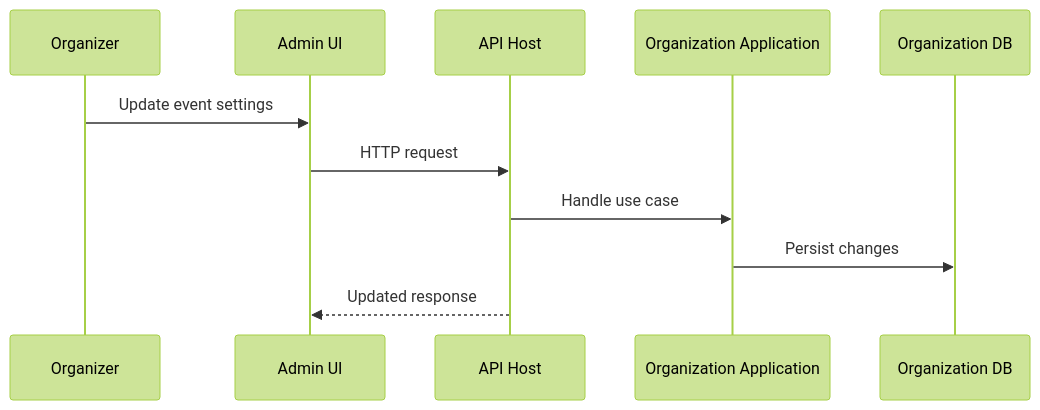
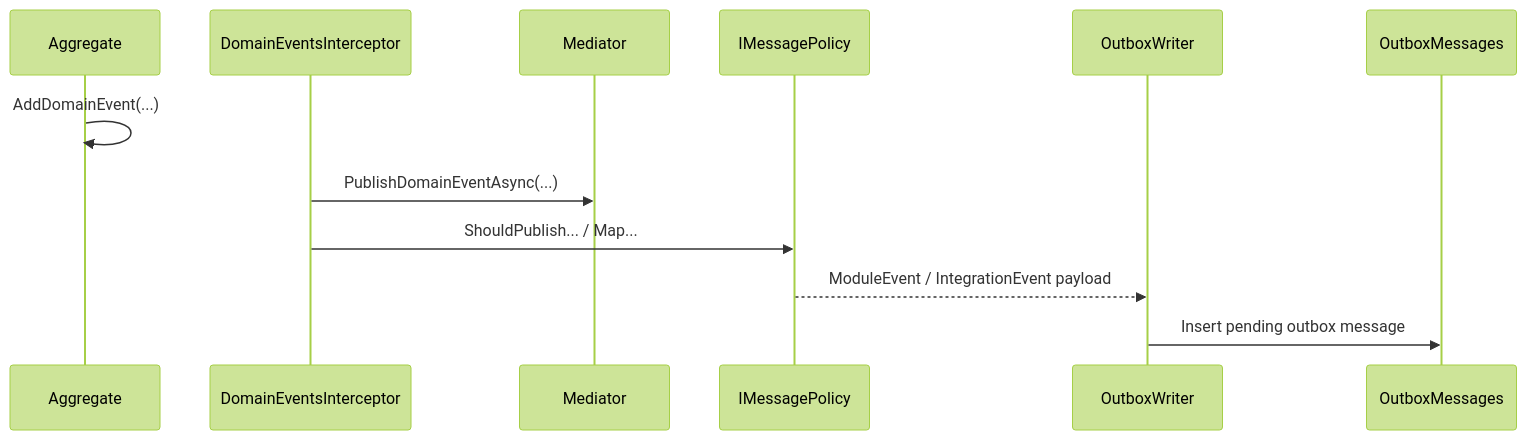
The third of 3 diagrams in docs/README.md (amolenk/Admitto), drawn with Mermaid (forest theme) before and after one commit. The commit also changed other lines of this file and 140 other files, not shown here.

````diff
--- a/docs/README.md
+++ b/docs/README.md
@@ -131,14 +144,15 @@
 ```mermaid
 sequenceDiagram
-  participant Organizer
-  participant Ui as Admin UI
-  participant Api as API Host
-  participant OrgApp as Organization Application
-  participant OrgDb as Organization DB
+  participant Aggregate
+  participant Interceptor as DomainEventsInterceptor
+  participant Mediator
+  participant Policy as IMessagePolicy
+  participant OutboxWriter
+  participant OutboxTable as OutboxMessages
 
-  Organizer->>Ui: Update event settings
-  Ui->>Api: HTTP request
-  Api->>OrgApp: Handle use case
-  OrgApp->>OrgDb: Persist changes
-  Api-->>Ui: Updated response
+  Aggregate->>Aggregate: AddDomainEvent(...)
+  Interceptor->>Mediator: PublishDomainEventAsync(...)
+  Interceptor->>Policy: ShouldPublish... / Map...
+  Policy-->>OutboxWriter: ModuleEvent / IntegrationEvent payload
+  OutboxWriter->>OutboxTable: Insert pending outbox message
 ```
````
